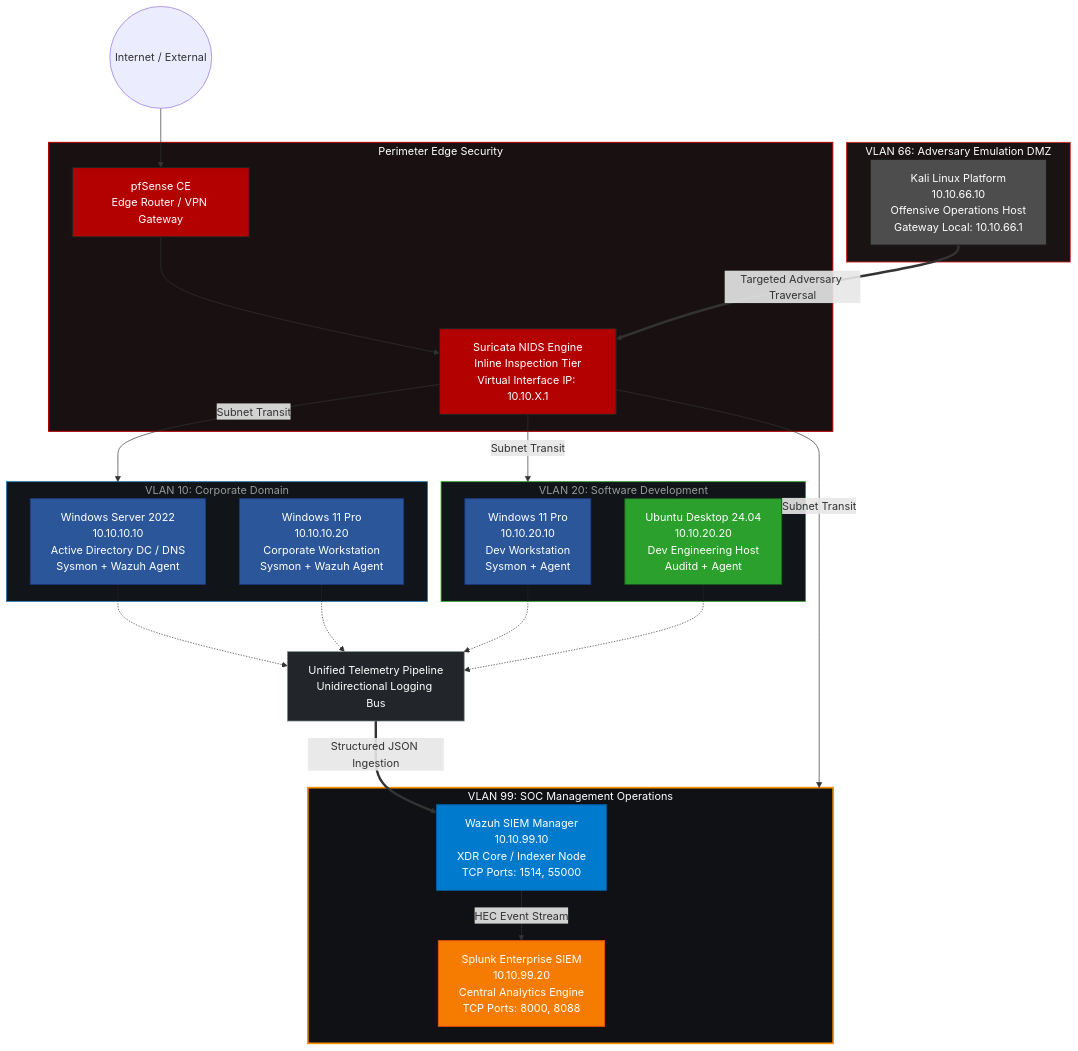
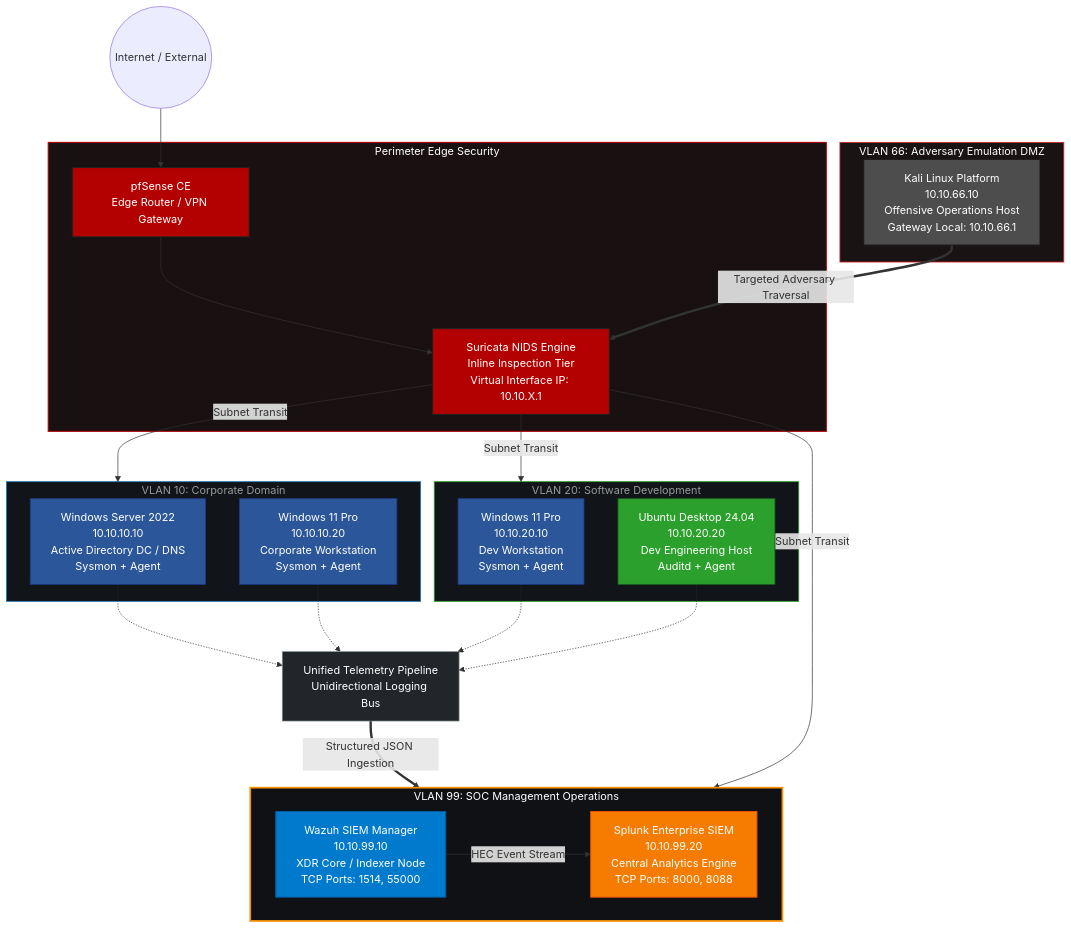
The diagram in README.md (DanielBandarica02/SOC-HomeLab), drawn with Mermaid before and after one commit.

```diff
--- a/README.md
+++ b/README.md
@@ -42,8 +42,8 @@
     %% PRIVILEGED AND ENDPOINT ZONE INFRASTRUCTURE
     %% ==========================================
     subgraph VLAN_10 [VLAN 10: Corporate Domain]
-        DC_2022["Windows Server 2022<br>10.10.10.10<br>Active Directory DC / DNS<br>Sysmon + Wazuh Agent"]:::winNode
-        CL_CORP["Windows 11 Pro<br>10.10.10.20<br>Corporate Workstation<br>Sysmon + Wazuh Agent"]:::winNode
+        DC_2022["Windows Server 2022<br>10.10.10.10<br>Active Directory DC / DNS<br>Sysmon + Agent"]:::winNode
+        CL_CORP["Windows 11 Pro<br>10.10.10.20<br>Corporate Workstation<br>Sysmon + Agent"]:::winNode
     end
 
     subgraph VLAN_20 [VLAN 20: Software Development]
@@ -51,9 +51,15 @@
         CL_DEV_U["Ubuntu Desktop 24.04<br>10.10.20.20<br>Dev Engineering Host<br>Auditd + Agent"]:::nixNode
     end
 
+    %% ==========================================
+    %% OPTIMIZED HORIZONTAL SOC ZONE
+    %% ==========================================
     subgraph VLAN_99 [VLAN 99: SOC Management Operations]
+        direction LR
         SOC_WAZUH["Wazuh SIEM Manager<br>10.10.99.10<br>XDR Core / Indexer Node<br>TCP Ports: 1514, 55000"]:::ingest
         SOC_SPLUNK["Splunk Enterprise SIEM<br>10.10.99.20<br>Central Analytics Engine<br>TCP Ports: 8000, 8088"]:::siem
+        
+        %% Horizontal connection
         SOC_WAZUH -->|HEC Event Stream| SOC_SPLUNK
     end
 
```
